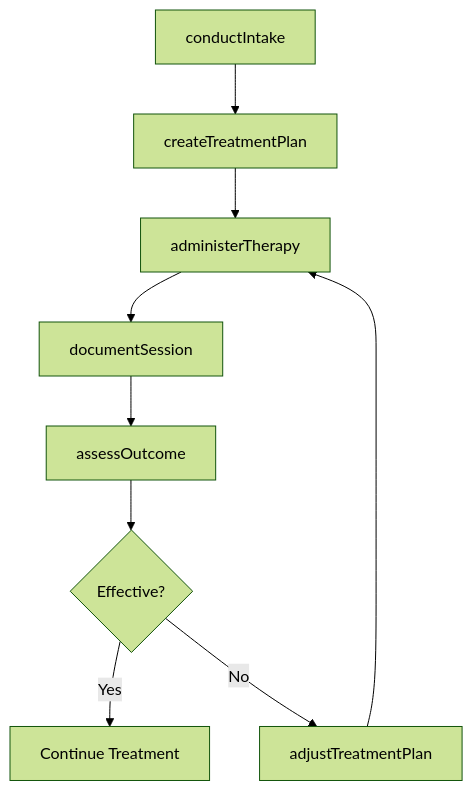
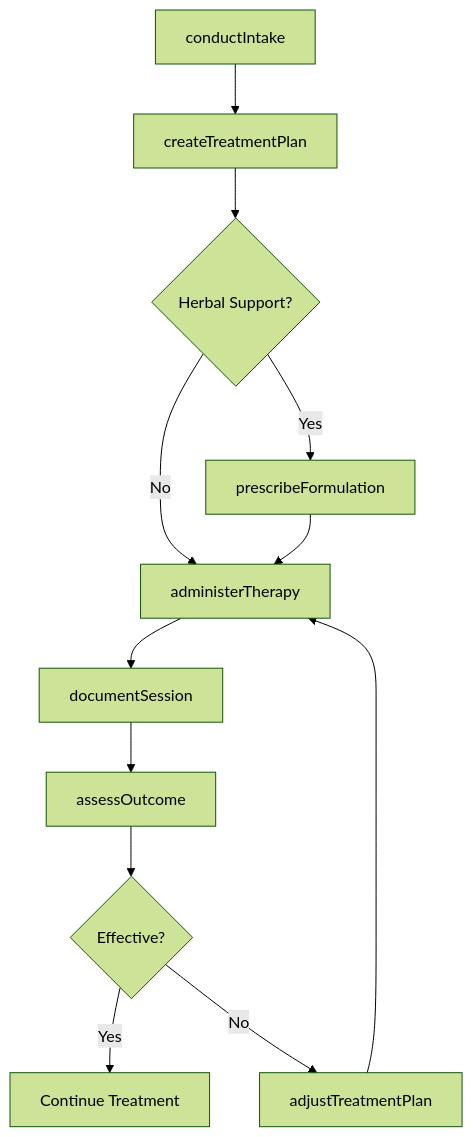
The third of 4 diagrams in AssistingAndCaringForOthers/TreatInjuriesIllnessesOrDiseases/TreatPatientsUsingAlternativeMedical.mdx (dot-org-ai/tasks.org.ai), drawn with Mermaid (forest theme) before and after one commit. The commit also changed other lines of this file and 504 other files, not shown here.

First line of the commit message:
feat: Add ER diagrams, state diagrams, and workflow improvements to 96 DWA task files

````diff
--- a/AssistingAndCaringForOthers/TreatInjuriesIllnessesOrDiseases/TreatPatientsUsingAlternativeMedical.mdx
+++ b/AssistingAndCaringForOthers/TreatInjuriesIllnessesOrDiseases/TreatPatientsUsingAlternativeMedical.mdx
@@ -86,11 +114,14 @@
 ```mermaid
 graph TD
     A[conductIntake] --> B[createTreatmentPlan]
-    B --> C[administerTherapy]
-    C --> D[documentSession]
-    D --> E[assessOutcome]
-    E --> F{Effective?}
-    F -->|Yes| G[Continue Treatment]
-    F -->|No| H[adjustTreatmentPlan]
-    H --> C
+    B --> C{Herbal Support?}
+    C -->|Yes| D[prescribeFormulation]
+    C -->|No| E[administerTherapy]
+    D --> E
+    E --> F[documentSession]
+    F --> G[assessOutcome]
+    G --> H{Effective?}
+    H -->|Yes| I[Continue Treatment]
+    H -->|No| J[adjustTreatmentPlan]
+    J --> E
 ```
````
